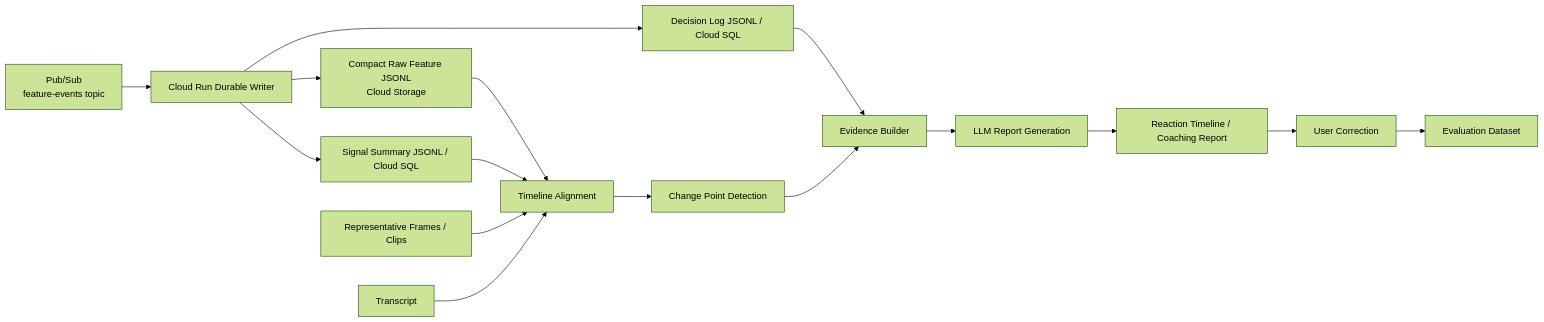
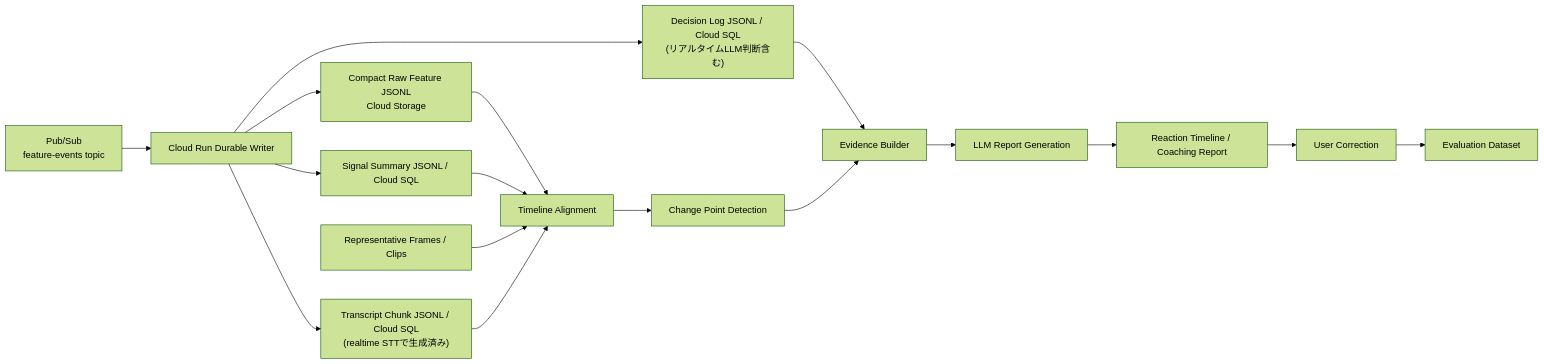
The sixth of 6 diagrams in plan/1st-plan.md (k-kanke/reaction-engine), drawn with Mermaid (forest theme) before and after one commit. The commit also changed other lines of this file and 1 other file, not shown here.

````diff
--- a/plan/1st-plan.md
+++ b/plan/1st-plan.md
@@ -405,33 +476,34 @@
 ```mermaid
 flowchart LR
   stream["Pub/Sub<br/>feature-events topic"]
   writer["Cloud Run Durable Writer"]
   events["Compact Raw Feature JSONL<br/>Cloud Storage"]
   signalSummaries["Signal Summary JSONL / Cloud SQL"]
-  decisionLogs["Decision Log JSONL / Cloud SQL"]
+  decisionLogs["Decision Log JSONL / Cloud SQL<br/>(リアルタイムLLM判断含む)"]
+  transcriptChunks["Transcript Chunk JSONL / Cloud SQL<br/>(realtime STTで生成済み)"]
   media["Representative Frames / Clips"]
-  transcript["Transcript"]
   align["Timeline Alignment"]
   change["Change Point Detection"]
   evidence["Evidence Builder"]
   llm["LLM Report Generation"]
   report["Reaction Timeline / Coaching Report"]
   feedback["User Correction"]
   eval["Evaluation Dataset"]
 
   stream --> writer
   writer --> events
   writer --> signalSummaries
   writer --> decisionLogs
+  writer --> transcriptChunks
   events --> align
   signalSummaries --> align
   decisionLogs --> evidence
   media --> align
-  transcript --> align
+  transcriptChunks --> align
   align --> change
   change --> evidence
   evidence --> llm
   llm --> report
   report --> feedback
   feedback --> eval
 ```
````
